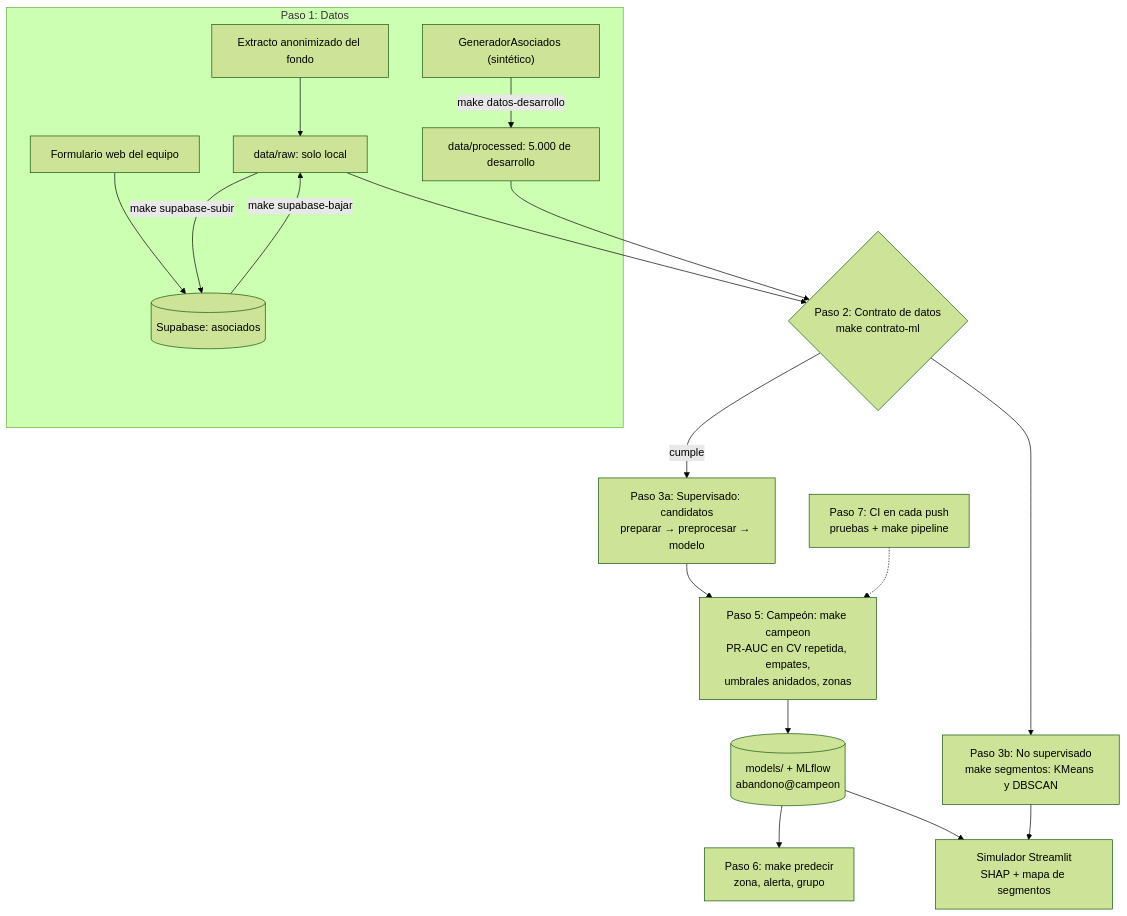
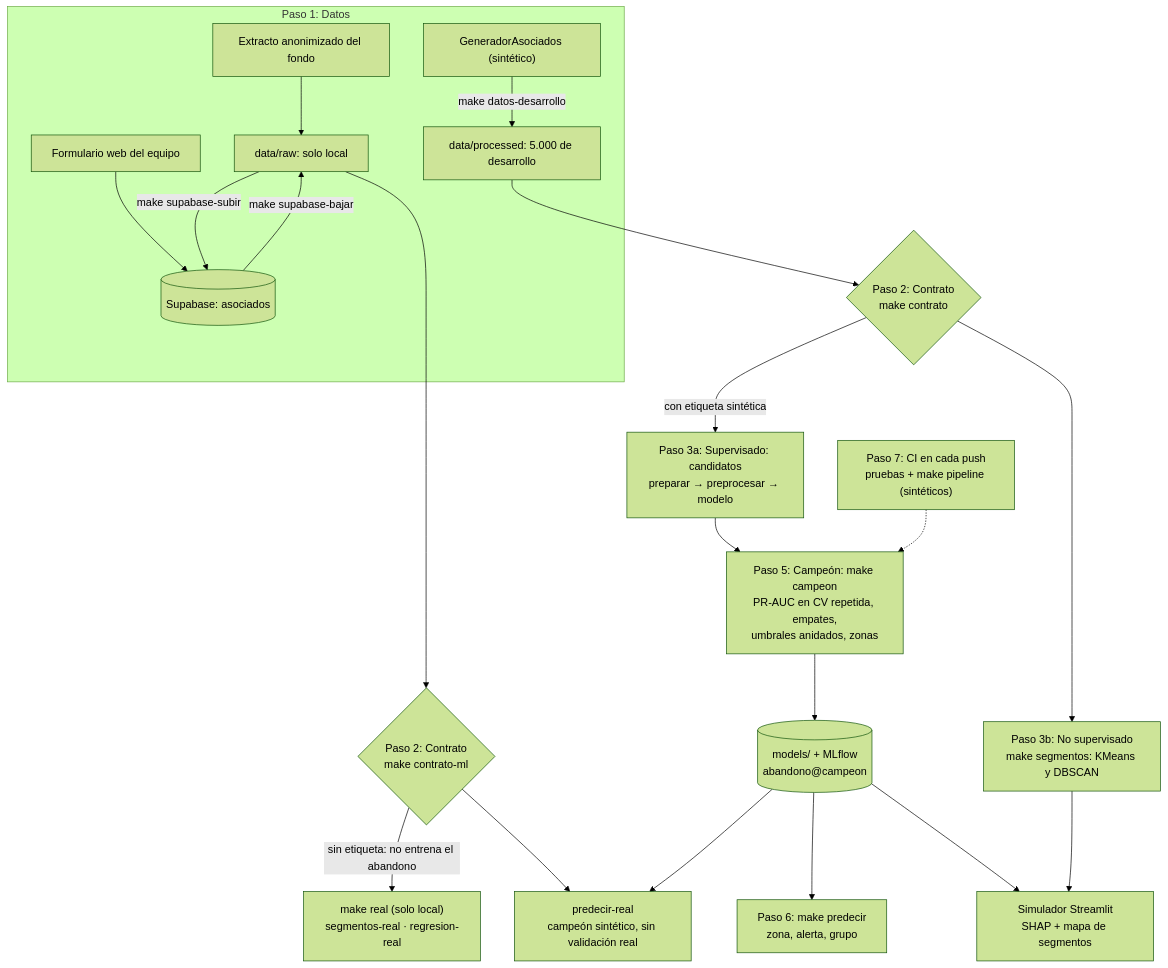
Before and after one commit to juanccadavid/proyecto-ml: the diagram in README.md, drawn with Mermaid (forest theme). The commit also changed other lines of this file and 47 other files, not shown here.

````diff
--- a/README.md
+++ b/README.md
@@ -200,20 +217,23 @@
 ```mermaid
 flowchart TD
     subgraph datos["Paso 1: Datos"]
         EXT["Extracto anonimizado del fondo"] --> RAW["data/raw: solo local"]
         FORM["Formulario web del equipo"] --> SUPA[("Supabase: asociados")]
         RAW -->|"make supabase-subir"| SUPA
         SUPA -->|"make supabase-bajar"| RAW
         GEN["GeneradorAsociados (sintético)"] -->|"make datos-desarrollo"| DEV["data/processed: 5.000 de desarrollo"]
     end
-    RAW --> CONTRATO
-    DEV --> CONTRATO
-    CONTRATO{"Paso 2: Contrato de datos<br/>make contrato-ml"} -->|cumple| SUP["Paso 3a: Supervisado: candidatos<br/>preparar → preprocesar → modelo"]
-    CONTRATO --> NOSUP["Paso 3b: No supervisado<br/>make segmentos: KMeans y DBSCAN"]
+    DEV --> CSINT{"Paso 2: Contrato<br/>make contrato"}
+    RAW --> CREAL{"Paso 2: Contrato<br/>make contrato-ml"}
+    CSINT -->|"con etiqueta sintética"| SUP["Paso 3a: Supervisado: candidatos<br/>preparar → preprocesar → modelo"]
+    CSINT --> NOSUP["Paso 3b: No supervisado<br/>make segmentos: KMeans y DBSCAN"]
     SUP --> CAMP["Paso 5: Campeón: make campeon<br/>PR-AUC en CV repetida, empates,<br/>umbrales anidados, zonas"]
     CAMP --> MOD[("models/ + MLflow<br/>abandono@campeon")]
     MOD --> PRED["Paso 6: make predecir<br/>zona, alerta, grupo"]
     MOD --> APP["Simulador Streamlit<br/>SHAP + mapa de segmentos"]
     NOSUP --> APP
-    CI["Paso 7: CI en cada push<br/>pruebas + make pipeline"] -.-> CAMP
+    CREAL -->|"sin etiqueta: no entrena el abandono"| REAL["make real (solo local)<br/>segmentos-real · regresion-real"]
+    CREAL --> PREAL["predecir-real<br/>campeón sintético, sin validación real"]
+    MOD --> PREAL
+    CI["Paso 7: CI en cada push<br/>pruebas + make pipeline (sintéticos)"] -.-> CAMP
 ```
````
